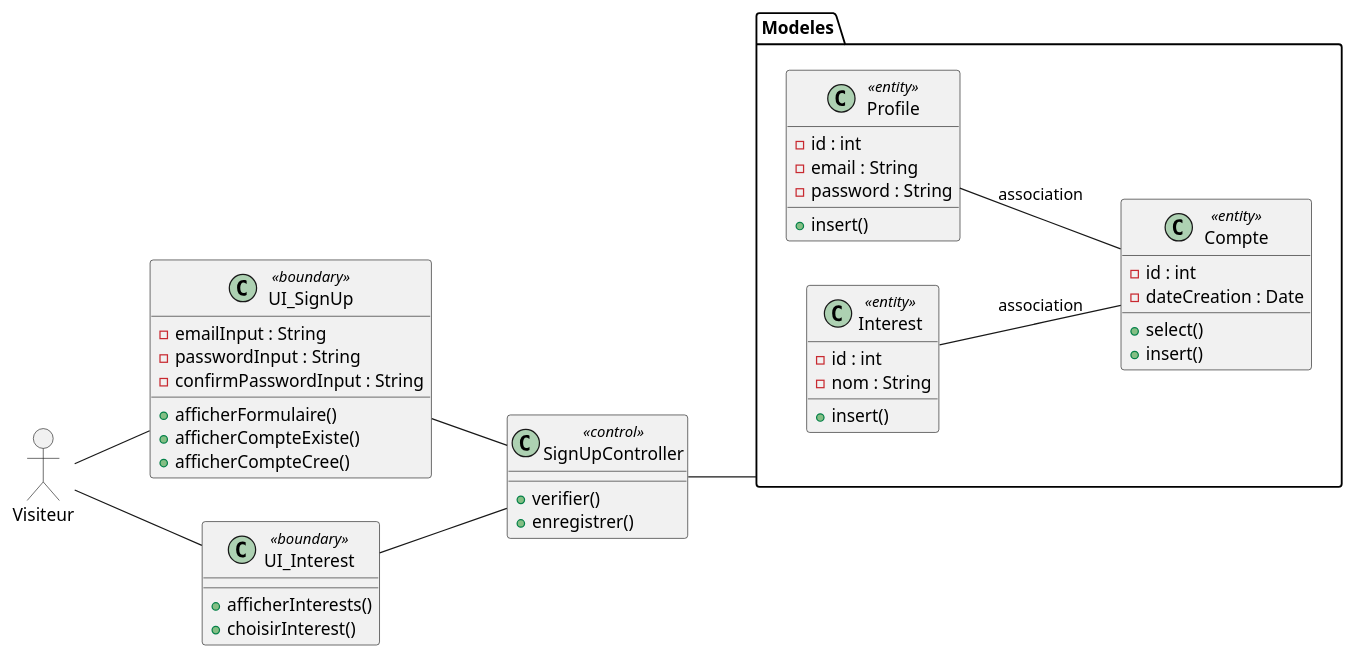
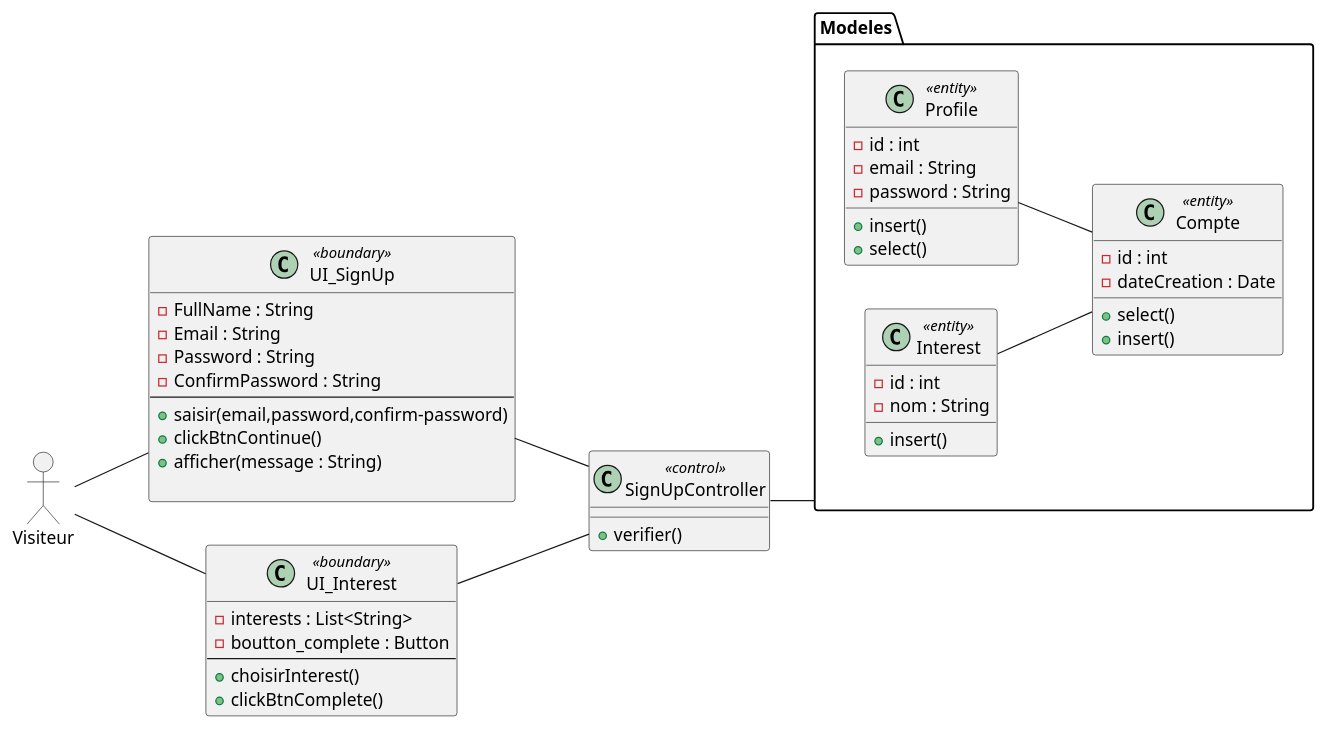
One commit to benslimenmohamedaziz3-bot/diagrammes changed the diagram in Desktop/rapport/classe/creecompte.puml. Above: the diagram before and after it, drawn with PlantUML. The commit also changed 17 other files, not shown here.

```diff
--- a/Desktop/rapport/classe/creecompte.puml
+++ b/Desktop/rapport/classe/creecompte.puml
@@ -1,56 +1,62 @@
 @startuml
 allowmixing
 left to right direction
 
 actor "Visiteur" as Visiteur
 
 class UI_SignUp <<boundary>> {
-  - emailInput : String
-  - passwordInput : String
-  - confirmPasswordInput : String
-  + afficherFormulaire()
-  + afficherCompteExiste()
-  + afficherCompteCree()
+  -FullName : String
+  -Email : String
+  -Password : String
+  -ConfirmPassword : String
+  --
+  + saisir(email,password,confirm-password)
+  + clickBtnContinue()
+  + afficher(message : String)
+
 }
 
 class UI_Interest <<boundary>> {
-  + afficherInterests()
+  -interests : List<String>
+  -boutton_complete : Button
+  --
   + choisirInterest()
+  + clickBtnComplete()
 }
 
 class SignUpController <<control>> {
   + verifier()
-  + enregistrer()
 }
 package "Modeles" {
 class Compte <<entity>> {
   - id : int
   - dateCreation : Date
   + select()
   + insert()
 }
 
 class Profile <<entity>> {
   - id : int
   - email : String
   - password : String
   + insert()
+  + select()
 }
 
 class Interest <<entity>> {
   - id : int
   - nom : String
   + insert()
 }
 }
 Visiteur -- UI_SignUp
 Visiteur -- UI_Interest
 
 UI_SignUp -- SignUpController
 UI_Interest -- SignUpController
 
 SignUpController -- Modeles
 
-Profile -- Compte : association
-Interest -- Compte : association
+Profile -- Compte 
+Interest -- Compte 
 @enduml
```
